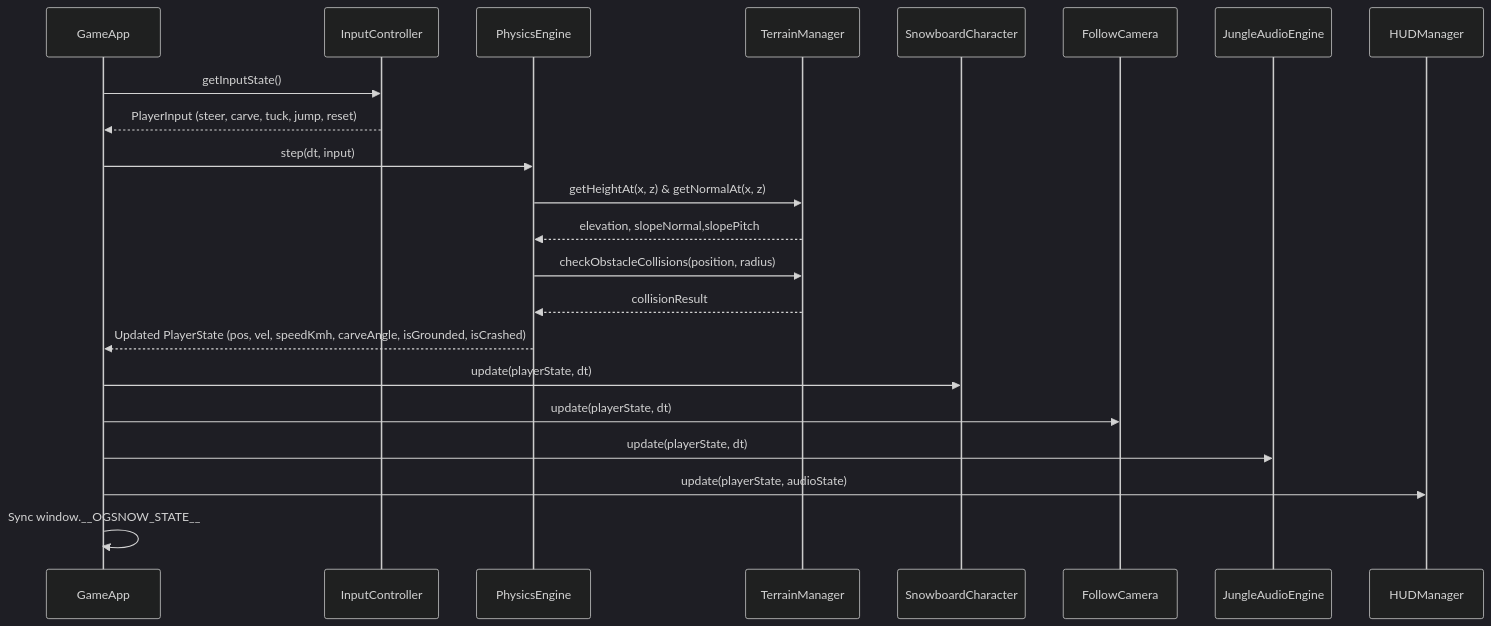
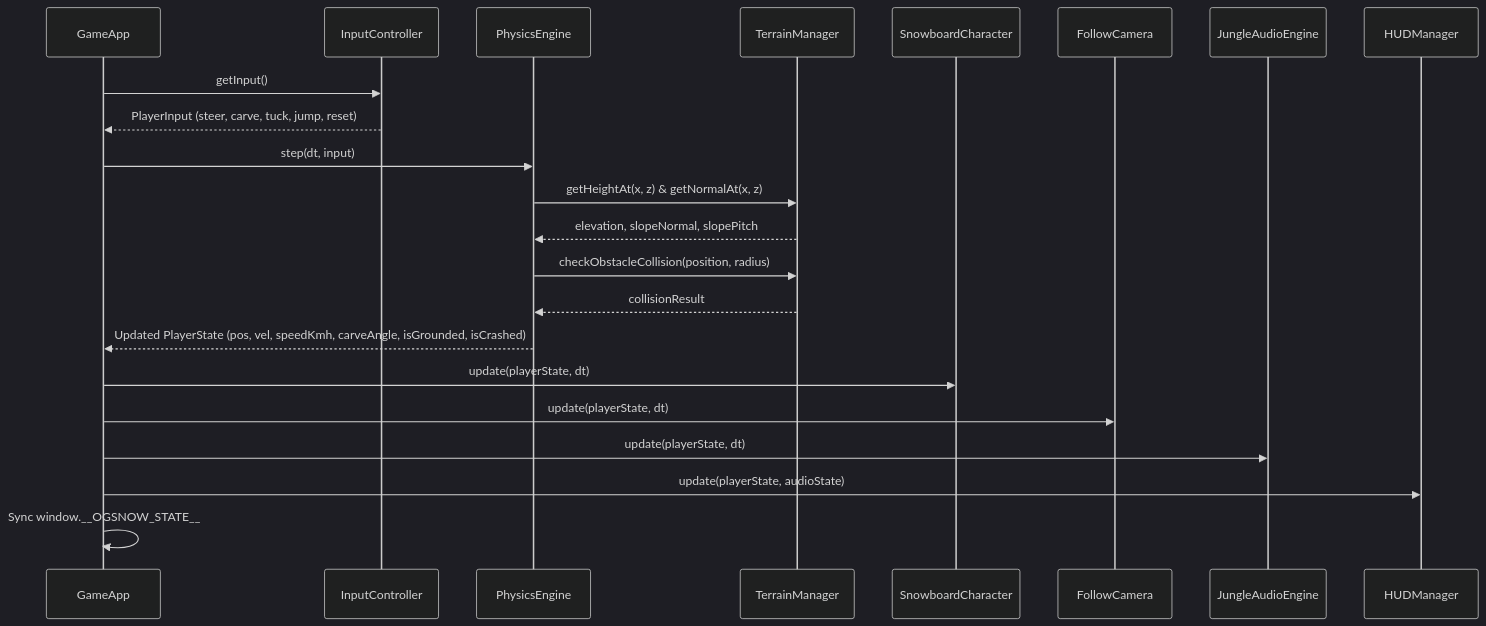
The fifth of 6 diagrams in wiki/architecture.md (reynish/ogsnow), drawn with Mermaid (dark theme) before and after one commit. The commit also changed other lines of this file and 10 other files, not shown here.

````diff
--- a/wiki/architecture.md
+++ b/wiki/architecture.md
@@ -148,25 +148,25 @@
 ```mermaid
 sequenceDiagram
     participant App as GameApp
     participant Input as InputController
     participant Phys as PhysicsEngine
     participant Terrain as TerrainManager
     participant Char as SnowboardCharacter
     participant Cam as FollowCamera
     participant Audio as JungleAudioEngine
     participant UI as HUDManager
 
-    App->>Input: getInputState()
+    App->>Input: getInput()
     Input-->>App: PlayerInput (steer, carve, tuck, jump, reset)
     App->>Phys: step(dt, input)
     Phys->>Terrain: getHeightAt(x, z) & getNormalAt(x, z)
-    Terrain-->>Phys: elevation, slopeNormal,slopePitch
-    Phys->>Terrain: checkObstacleCollisions(position, radius)
+    Terrain-->>Phys: elevation, slopeNormal, slopePitch
+    Phys->>Terrain: checkObstacleCollision(position, radius)
     Terrain-->>Phys: collisionResult
     Phys-->>App: Updated PlayerState (pos, vel, speedKmh, carveAngle, isGrounded, isCrashed)
     App->>Char: update(playerState, dt)
     App->>Cam: update(playerState, dt)
     App->>Audio: update(playerState, dt)
     App->>UI: update(playerState, audioState)
     App->>App: Sync window.__OGSNOW_STATE__
 ```
````
